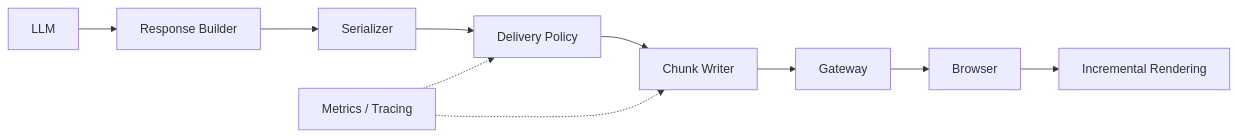
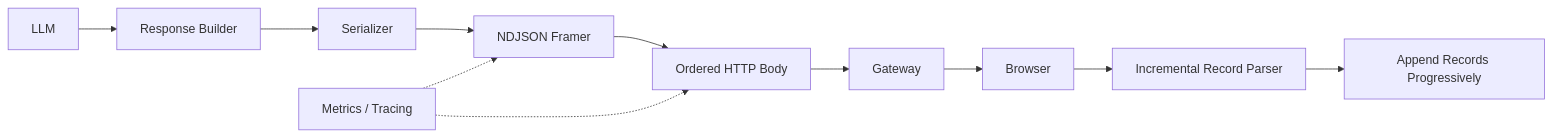
One commit to Hrithikesh-Computer/production-agentic-ai changed the third of 5 diagrams in 03-production-lessons/01-adaptive-response-delivery.md. Above: the diagram before and after it, drawn with Mermaid. The commit also changed other lines of this file and 18 other files, not shown here.

````diff
--- a/03-production-lessons/01-adaptive-response-delivery.md
+++ b/03-production-lessons/01-adaptive-response-delivery.md
@@ -262,12 +236,13 @@
 ```mermaid
 flowchart LR
     LLM --> Builder[Response Builder]
     Builder --> Serializer
-    Serializer --> Policy[Delivery Policy]
-    Policy --> Writer[Chunk Writer]
+    Serializer --> Framer[NDJSON Framer]
+    Framer --> Writer[Ordered HTTP Body]
     Writer --> Gateway
     Gateway --> Browser
-    Browser --> Render2[Incremental Rendering]
-    Metrics[Metrics / Tracing] -.-> Policy
+    Browser --> Parser[Incremental Record Parser]
+    Parser --> Render2[Append Records Progressively]
+    Metrics[Metrics / Tracing] -.-> Framer
     Metrics -.-> Writer
 ```
````
